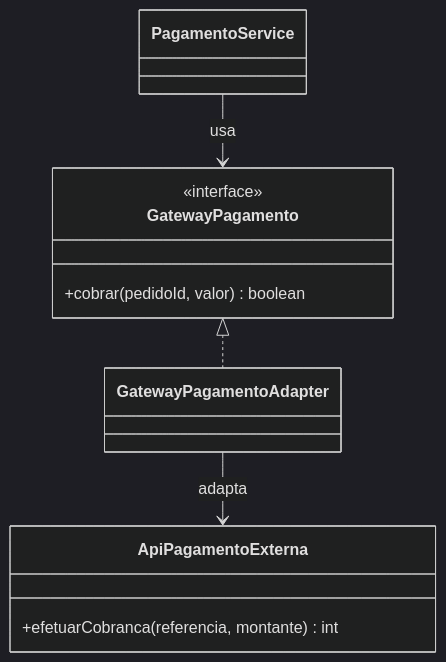
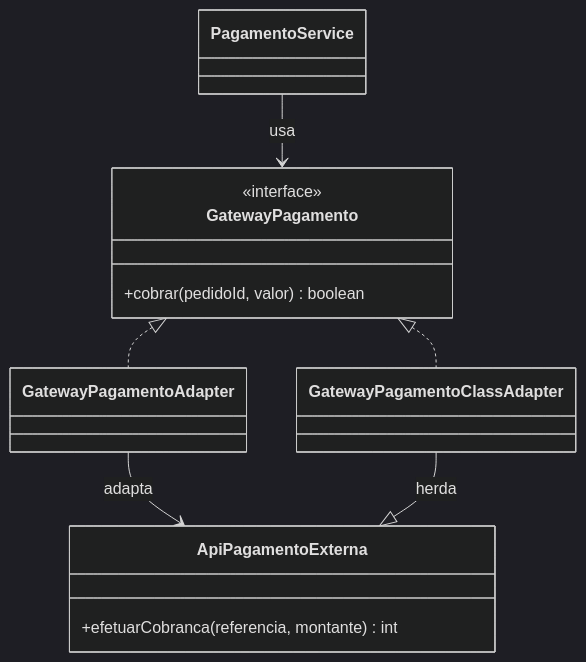
Before and after one commit to ProfBezerra/T200-ProjArqSist: the diagram in apostilas-gof/adapter/APOSTILA.md, drawn with Mermaid (dark theme). The commit also changed other lines of this file and 3 other files, not shown here.

````diff
--- a/apostilas-gof/adapter/APOSTILA.md
+++ b/apostilas-gof/adapter/APOSTILA.md
@@ -19,16 +44,19 @@
 ```mermaid
 classDiagram
     class PagamentoService
     class GatewayPagamento {
         <<interface>>
         +cobrar(pedidoId, valor) boolean
     }
     class GatewayPagamentoAdapter
+    class GatewayPagamentoClassAdapter
     class ApiPagamentoExterna {
         +efetuarCobranca(referencia, montante) int
     }
 
     PagamentoService --> GatewayPagamento : usa
     GatewayPagamento <|.. GatewayPagamentoAdapter
+    GatewayPagamento <|.. GatewayPagamentoClassAdapter
     GatewayPagamentoAdapter --> ApiPagamentoExterna : adapta
+    GatewayPagamentoClassAdapter --|> ApiPagamentoExterna : herda
 ```
````
